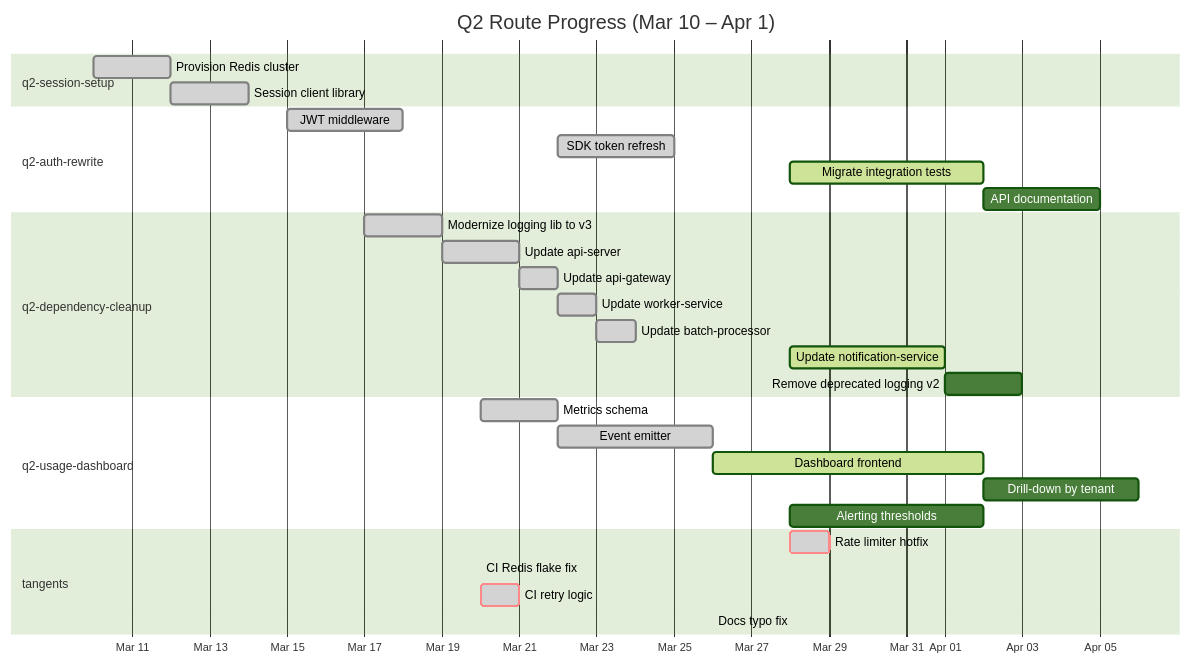
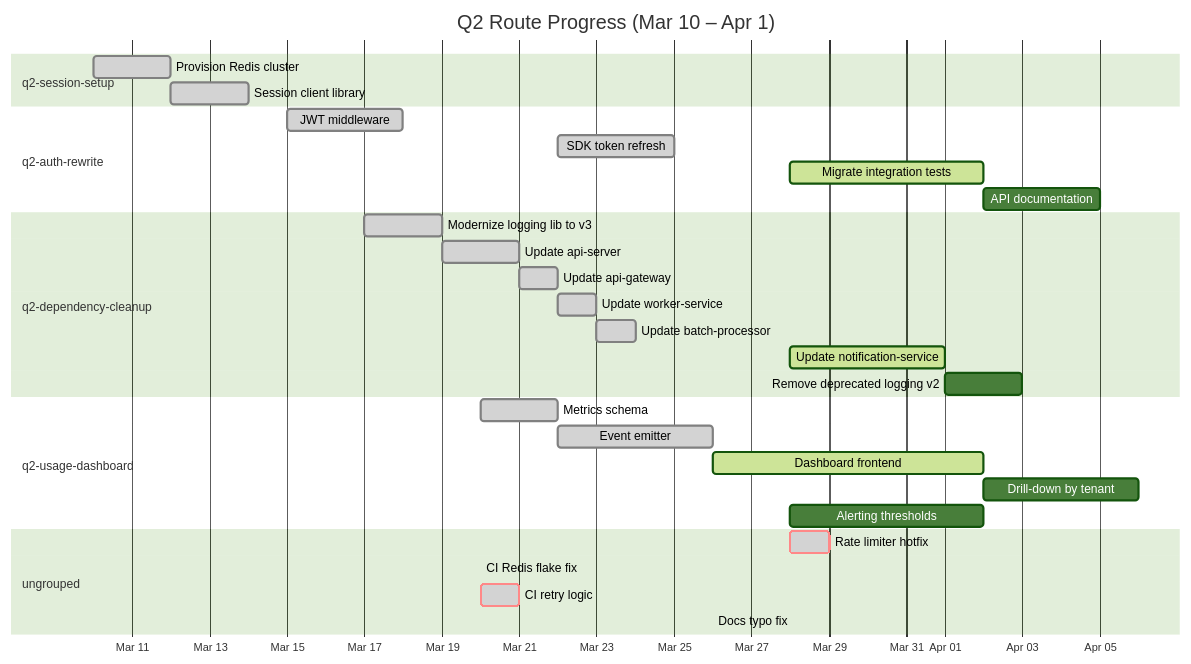
The third of 3 diagrams in docs/examples.md (chris-peterson/tack), drawn with Mermaid (forest theme) before and after one commit. The commit also changed other lines of this file and 17 other files, not shown here.

````diff
--- a/docs/examples.md
+++ b/docs/examples.md
@@ -143,42 +140,42 @@
 ```mermaid
 ---
 config:
   look: handDrawn
 ---
 gantt
   title Q2 Route Progress (Mar 10 – Apr 1)
   dateFormat YYYY-MM-DD
   axisFormat %b %d
 
   section q2-session-setup
     Provision Redis cluster          :done, ses1, 2026-03-10, 2026-03-12
     Session client library           :done, ses2, 2026-03-12, 2026-03-14
 
   section q2-auth-rewrite
     JWT middleware                    :done, auth1, 2026-03-15, 2026-03-18
     SDK token refresh                :done, auth2, 2026-03-22, 2026-03-25
     Migrate integration tests        :active, auth3, 2026-03-28, 5d
     API documentation                :auth4, after auth3, 3d
 
   section q2-dependency-cleanup
     Modernize logging lib to v3      :done, dep1, 2026-03-17, 2026-03-19
     Update api-server                :done, dep2, 2026-03-19, 2026-03-21
     Update api-gateway               :done, dep3, 2026-03-21, 2026-03-22
     Update worker-service            :done, dep4, 2026-03-22, 2026-03-23
     Update batch-processor           :done, dep5, 2026-03-23, 2026-03-24
     Update notification-service      :active, dep6, 2026-03-28, 4d
     Remove deprecated logging v2     :dep7, after dep6, 2d
 
   section q2-usage-dashboard
     Metrics schema                   :done, dash1, 2026-03-20, 2026-03-22
     Event emitter                    :done, dash2, 2026-03-22, 2026-03-26
     Dashboard frontend               :active, dash3, 2026-03-26, 7d
     Drill-down by tenant             :dash4, after dash3, 4d
     Alerting thresholds              :dash5, 2026-03-28, 5d
 
-  section tangents
+  section ungrouped
     Rate limiter hotfix              :crit, done, hot1, 2026-03-28, 2026-03-29
     CI Redis flake fix               :crit, done, ci1, 2026-03-20, 2026-03-20
     CI retry logic                   :crit, done, ci2, 2026-03-20, 2026-03-21
     Docs typo fix                    :crit, done, doc1, 2026-03-26, 2026-03-26
 ```
````
